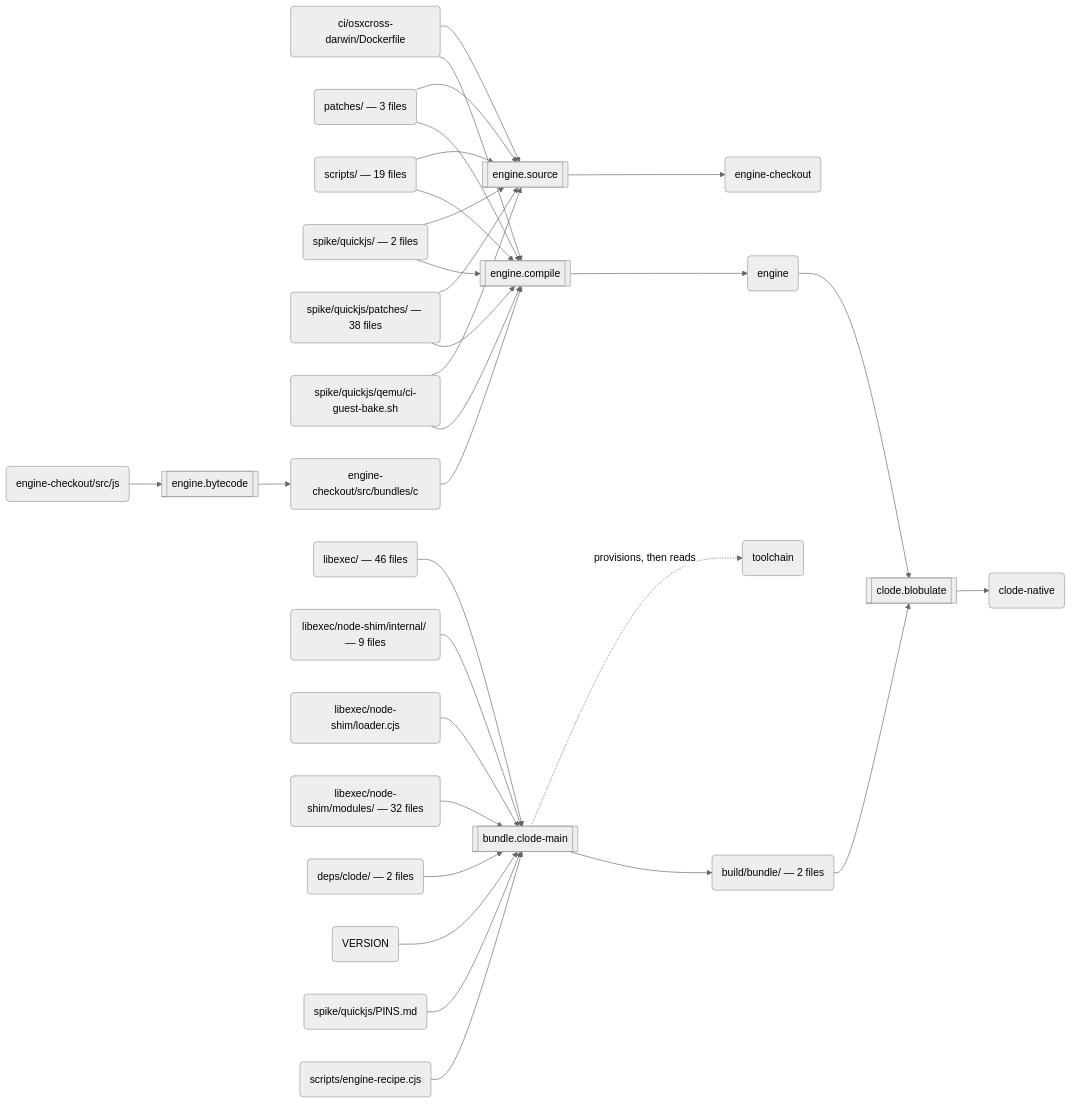
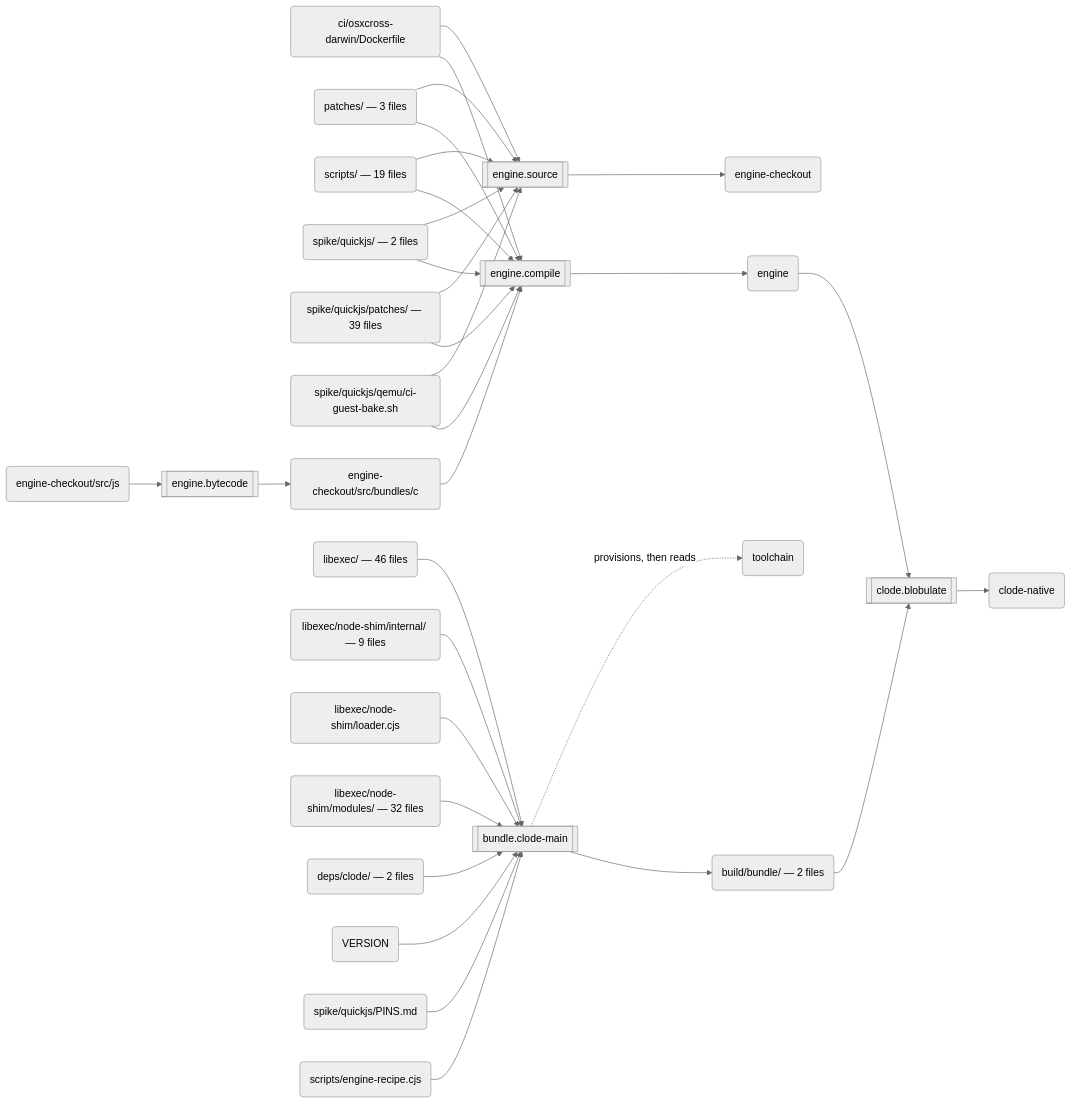
The second of 3 diagrams in docs/build.md (schmonz/clode), drawn with Mermaid (neutral theme) before and after one commit. The commit also changed other lines of this file and 3 other files, not shown here.

````diff
--- a/docs/build.md
+++ b/docs/build.md
@@ -123,59 +123,59 @@
 ```mermaid
 flowchart LR
   s0[["engine.source"]]
   a0("ci/osxcross-darwin/Dockerfile")
   a1("patches/ — 3 files")
   a2("scripts/ — 19 files")
   a3("spike/quickjs/ — 2 files")
-  a4("spike/quickjs/patches/ — 38 files")
+  a4("spike/quickjs/patches/ — 39 files")
   a5("spike/quickjs/qemu/ci-guest-bake.sh")
   a6("engine-checkout")
   s1[["engine.bytecode"]]
   a7("engine-checkout/src/js")
   a8("engine-checkout/src/bundles/c")
   s2[["engine.compile"]]
   a9("engine")
   s3[["bundle.clode-main"]]
   a10("libexec/ — 46 files")
   a11("libexec/node-shim/internal/ — 9 files")
   a12("libexec/node-shim/loader.cjs")
   a13("libexec/node-shim/modules/ — 32 files")
   a14("deps/clode/ — 2 files")
   a15("VERSION")
   a16("spike/quickjs/PINS.md")
   a17("scripts/engine-recipe.cjs")
   a18("toolchain")
   a19("build/bundle/ — 2 files")
   s4[["clode.blobulate"]]
   a20("clode-native")
   a0 --> s0
   a1 --> s0
   a2 --> s0
   a3 --> s0
   a4 --> s0
   a5 --> s0
   s0 --> a6
   a7 --> s1
   s1 --> a8
   a8 --> s2
   a0 --> s2
   a1 --> s2
   a2 --> s2
   a3 --> s2
   a4 --> s2
   a5 --> s2
   s2 --> a9
   a10 --> s3
   a11 --> s3
   a12 --> s3
   a13 --> s3
   a14 --> s3
   a15 --> s3
   a16 --> s3
   a17 --> s3
   s3 -.->|"provisions, then reads"| a18
   s3 --> a19
   a9 --> s4
   a19 --> s4
   s4 --> a20
 ```
````
